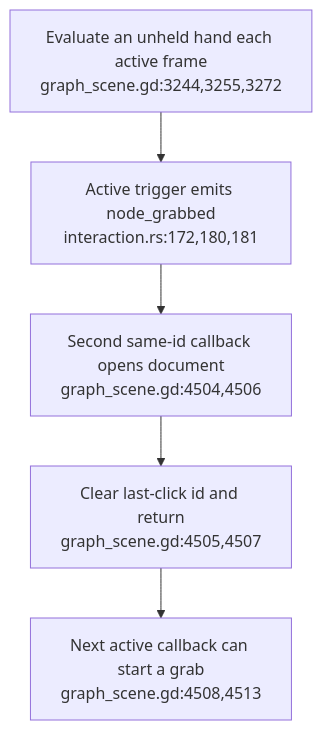
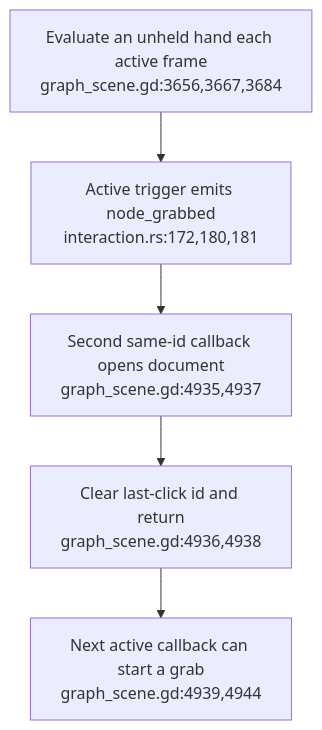
One commit to DreamLab-AI/VisionFlow changed the third of 6 diagrams in docs/diagrams/visionclaw/53-xr-grab-lifetimes-and-input.md. Above: the diagram before and after it, drawn with Mermaid. The commit also changed other lines of this file and 56 other files, not shown here.

First line of the commit message:
docs(diagrams): re-verify VisionClaw topics at ec785afa9, add VC-19/56/57 and the VisionClaw register

````diff
--- a/docs/diagrams/visionclaw/53-xr-grab-lifetimes-and-input.md
+++ b/docs/diagrams/visionclaw/53-xr-grab-lifetimes-and-input.md
@@ -54,7 +56,7 @@
 ```mermaid
 flowchart TD
-    FRAME["Evaluate an unheld hand each active frame<br/>graph_scene.gd:3244,3255,3272"] --> EMIT["Active trigger emits node_grabbed<br/>interaction.rs:172,180,181"]
-    EMIT --> DOUBLE["Second same-id callback opens document<br/>graph_scene.gd:4504,4506"]
-    DOUBLE --> RESET["Clear last-click id and return<br/>graph_scene.gd:4505,4507"]
-    RESET --> NEXT["Next active callback can start a grab<br/>graph_scene.gd:4508,4513"]
+    FRAME["Evaluate an unheld hand each active frame<br/>graph_scene.gd:3656,3667,3684"] --> EMIT["Active trigger emits node_grabbed<br/>interaction.rs:172,180,181"]
+    EMIT --> DOUBLE["Second same-id callback opens document<br/>graph_scene.gd:4935,4937"]
+    DOUBLE --> RESET["Clear last-click id and return<br/>graph_scene.gd:4936,4938"]
+    RESET --> NEXT["Next active callback can start a grab<br/>graph_scene.gd:4939,4944"]
 ```
````
